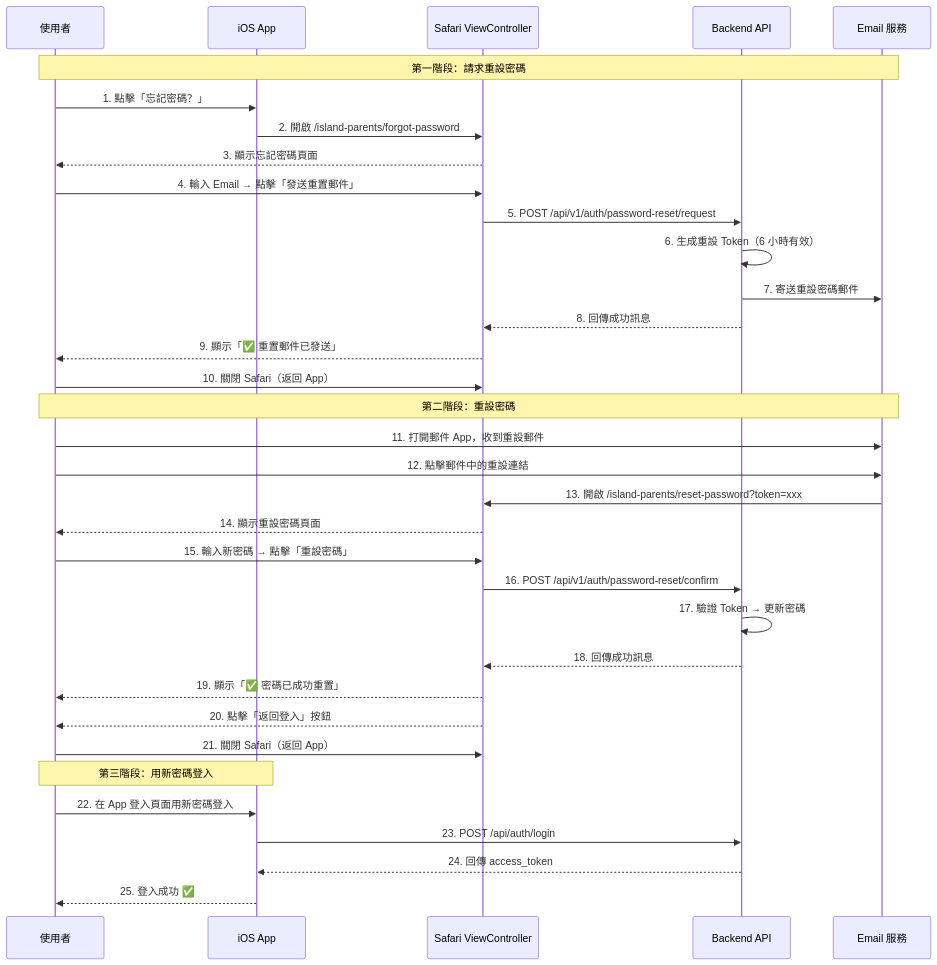
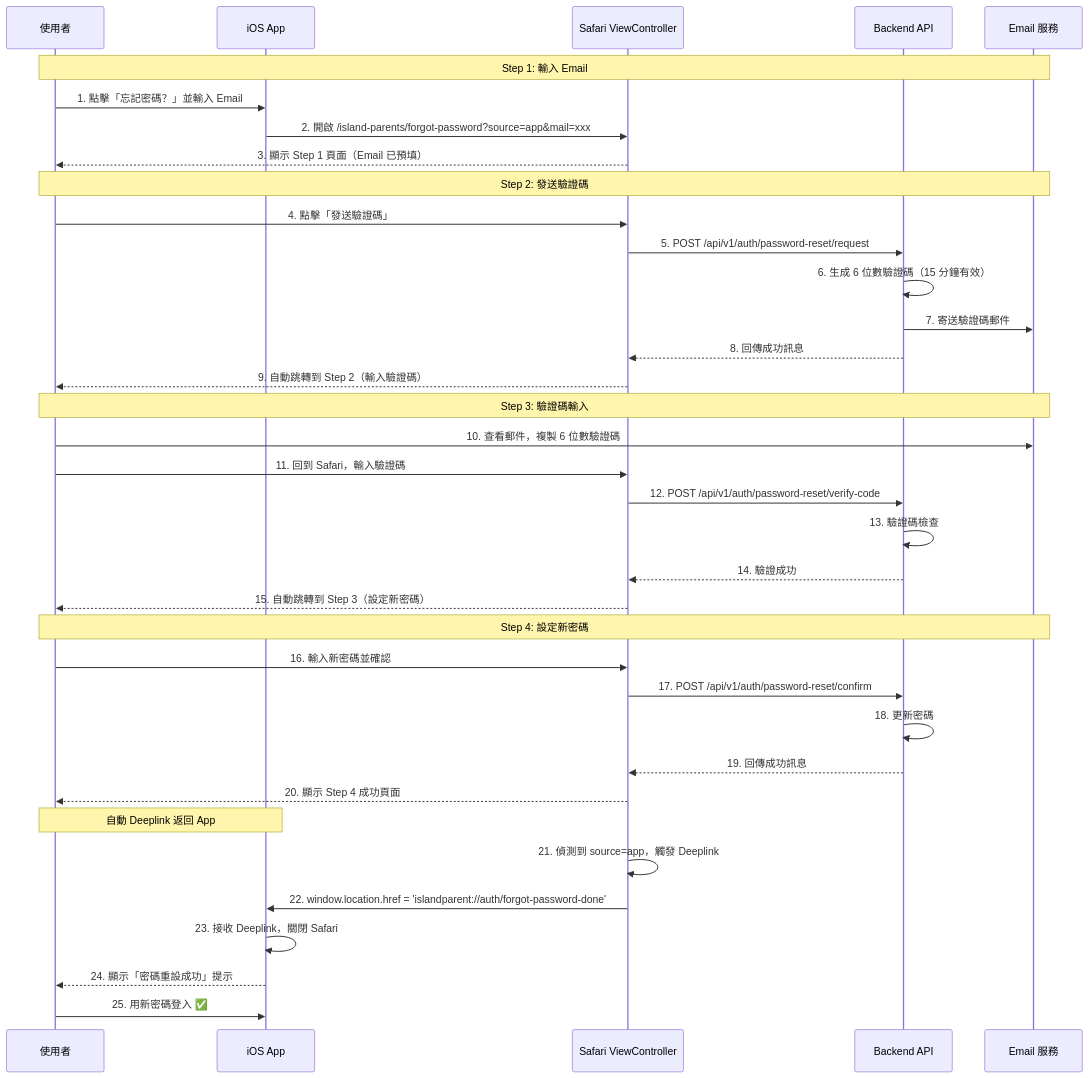
One commit to Youngger9765/career_ios_backend changed the diagram in IOS_GUIDE_PARENTS.md. Above: the diagram before and after it, drawn with Mermaid. The commit also changed other lines of this file and 3 other files, not shown here.

First line of the commit message:
fix: correct deeplink URL and implement auto-redirect for iOS password reset

````diff
--- a/IOS_GUIDE_PARENTS.md
+++ b/IOS_GUIDE_PARENTS.md
@@ -278,42 +287,48 @@
 ```mermaid
 sequenceDiagram
     participant User as 使用者
     participant iOS as iOS App
     participant Safari as Safari ViewController
     participant Backend as Backend API
     participant Email as Email 服務
 
-    Note over User,Email: 第一階段：請求重設密碼
+    Note over User,Email: Step 1: 輸入 Email
 
-    User->>iOS: 1. 點擊「忘記密碼？」
-    iOS->>Safari: 2. 開啟 /island-parents/forgot-password
-    Safari-->>User: 3. 顯示忘記密碼頁面
-    User->>Safari: 4. 輸入 Email → 點擊「發送重置郵件」
+    User->>iOS: 1. 點擊「忘記密碼？」並輸入 Email
+    iOS->>Safari: 2. 開啟 /island-parents/forgot-password?source=app&mail=xxx
+    Safari-->>User: 3. 顯示 Step 1 頁面（Email 已預填）
+
+    Note over User,Email: Step 2: 發送驗證碼
+
+    User->>Safari: 4. 點擊「發送驗證碼」
     Safari->>Backend: 5. POST /api/v1/auth/password-reset/request
-    Backend->>Backend: 6. 生成重設 Token（6 小時有效）
-    Backend->>Email: 7. 寄送重設密碼郵件
+    Backend->>Backend: 6. 生成 6 位數驗證碼（15 分鐘有效）
+    Backend->>Email: 7. 寄送驗證碼郵件
     Backend-->>Safari: 8. 回傳成功訊息
-    Safari-->>User: 9. 顯示「✅ 重置郵件已發送」
-    User->>Safari: 10. 關閉 Safari（返回 App）
+    Safari-->>User: 9. 自動跳轉到 Step 2（輸入驗證碼）
 
-    Note over User,Email: 第二階段：重設密碼
+    Note over User,Email: Step 3: 驗證碼輸入
 
-    User->>Email: 11. 打開郵件 App，收到重設郵件
-    User->>Email: 12. 點擊郵件中的重設連結
-    Email->>Safari: 13. 開啟 /island-parents/reset-password?token=xxx
-    Safari-->>User: 14. 顯示重設密碼頁面
-    User->>Safari: 15. 輸入新密碼 → 點擊「重設密碼」
-    Safari->>Backend: 16. POST /api/v1/auth/password-reset/confirm
-    Backend->>Backend: 17. 驗證 Token → 更新密碼
-    Backend-->>Safari: 18. 回傳成功訊息
-    Safari-->>User: 19. 顯示「✅ 密碼已成功重置」
-    Safari-->>User: 20. 點擊「返回登入」按鈕
-    User->>Safari: 21. 關閉 Safari（返回 App）
+    User->>Email: 10. 查看郵件，複製 6 位數驗證碼
+    User->>Safari: 11. 回到 Safari，輸入驗證碼
+    Safari->>Backend: 12. POST /api/v1/auth/password-reset/verify-code
+    Backend->>Backend: 13. 驗證碼檢查
+    Backend-->>Safari: 14. 驗證成功
+    Safari-->>User: 15. 自動跳轉到 Step 3（設定新密碼）
 
-    Note over User,iOS: 第三階段：用新密碼登入
+    Note over User,Email: Step 4: 設定新密碼
 
-    User->>iOS: 22. 在 App 登入頁面用新密碼登入
-    iOS->>Backend: 23. POST /api/auth/login
-    Backend-->>iOS: 24. 回傳 access_token
-    iOS-->>User: 25. 登入成功 ✅
+    User->>Safari: 16. 輸入新密碼並確認
+    Safari->>Backend: 17. POST /api/v1/auth/password-reset/confirm
+    Backend->>Backend: 18. 更新密碼
+    Backend-->>Safari: 19. 回傳成功訊息
+    Safari-->>User: 20. 顯示 Step 4 成功頁面
+
+    Note over User,iOS: 自動 Deeplink 返回 App
+
+    Safari->>Safari: 21. 偵測到 source=app，觸發 Deeplink
+    Safari->>iOS: 22. window.location.href = 'islandparent://auth/forgot-password-done'
+    iOS->>iOS: 23. 接收 Deeplink，關閉 Safari
+    iOS-->>User: 24. 顯示「密碼重設成功」提示
+    User->>iOS: 25. 用新密碼登入 ✅
 ```
````
